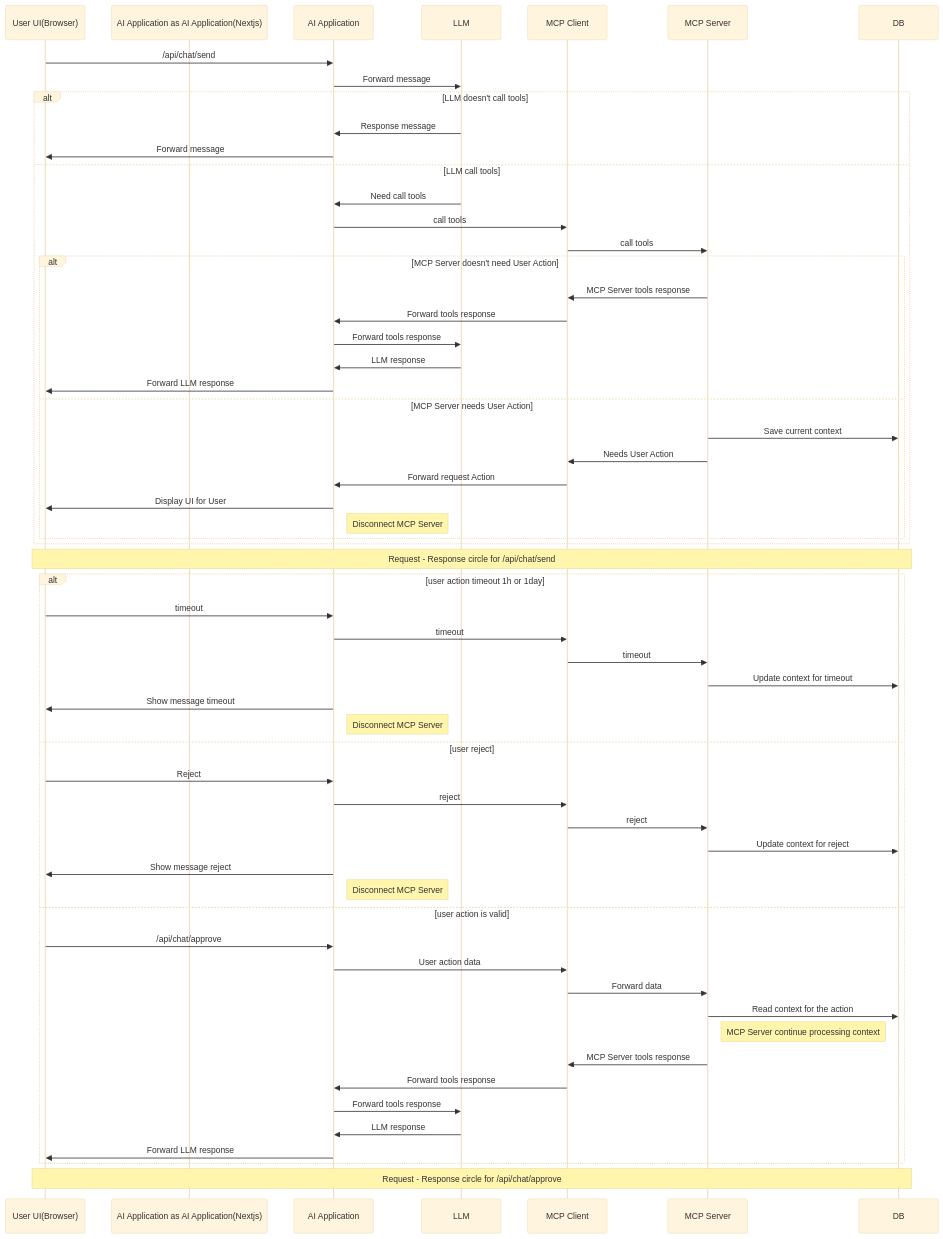
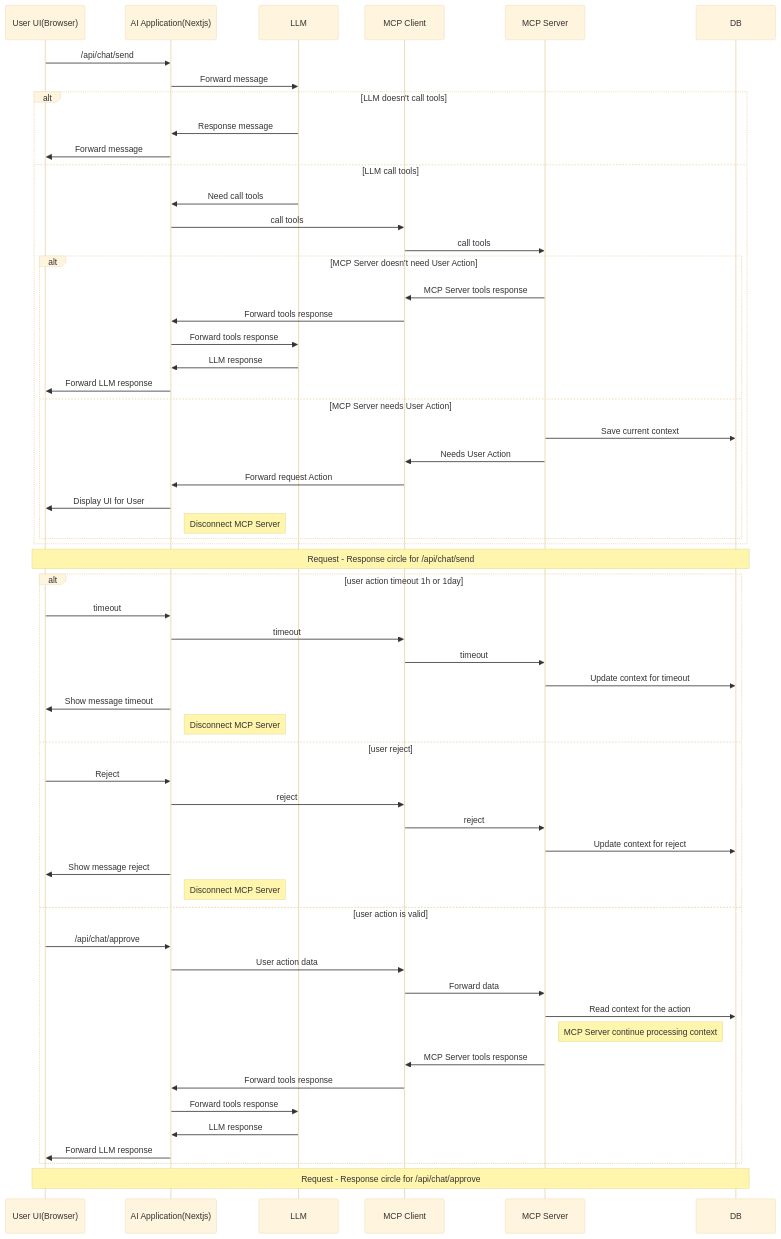
The diagram in README.md (lehung1109/chatbot-groq), drawn with Mermaid (base theme) before and after one commit.

Commit message:
Refactor README.md sequence diagram to standardize participant naming from "AI Application" to "Application," enhancing consistency and clarity in the chat flow representation.

````diff
--- a/README.md
+++ b/README.md
@@ -57,57 +57,57 @@
 ```mermaid
 sequenceDiagram
     participant User as User UI(Browser)
-    participant AI Application as AI Application(Nextjs)
+    participant Application as AI Application(Nextjs)
 
-    User->>AI Application:/api/chat/send
-    AI Application->>LLM:Forward message
+    User->>Application:/api/chat/send
+    Application->>LLM:Forward message
     alt LLM doesn't call tools
-        LLM->>AI Application:Response message
-        AI Application->>User:Forward message
+        LLM->>Application:Response message
+        Application->>User:Forward message
     else LLM call tools
-        LLM->>AI Application:Need call tools
-        AI Application->>MCP Client:call tools
+        LLM->>Application:Need call tools
+        Application->>MCP Client:call tools
         MCP Client->>MCP Server: call tools
         alt MCP Server doesn't need User Action
             MCP Server->>MCP Client:MCP Server tools response
-            MCP Client->>AI Application:Forward tools response
-            AI Application->>LLM:Forward tools response
-            LLM->>AI Application:LLM response
-            AI Application->>User:Forward LLM response
+            MCP Client->>Application:Forward tools response
+            Application->>LLM:Forward tools response
+            LLM->>Application:LLM response
+            Application->>User:Forward LLM response
         else MCP Server needs User Action
             MCP Server->>DB:Save current context
             MCP Server->>MCP Client:Needs User Action
-            MCP Client->>AI Application:Forward request Action
-            AI Application->>User:Display UI for User
-            Note right of AI Application:Disconnect MCP Server
+            MCP Client->>Application:Forward request Action
+            Application->>User:Display UI for User
+            Note right of Application:Disconnect MCP Server
         end
     end
     Note over User,DB: Request - Response circle for /api/chat/send
     alt user action timeout 1h or 1day
-        User->>AI Application:timeout
-        AI Application->>MCP Client:timeout
+        User->>Application:timeout
+        Application->>MCP Client:timeout
         MCP Client->>MCP Server:timeout
         MCP Server->>DB:Update context for timeout
-        AI Application->>User:Show message timeout
-        Note right of AI Application:Disconnect MCP Server
+        Application->>User:Show message timeout
+        Note right of Application:Disconnect MCP Server
     else user reject
-        User->>AI Application:Reject
-        AI Application->>MCP Client:reject
+        User->>Application:Reject
+        Application->>MCP Client:reject
         MCP Client->>MCP Server:reject
         MCP Server->>DB:Update context for reject
-        AI Application->>User:Show message reject
-        Note right of AI Application:Disconnect MCP Server
+        Application->>User:Show message reject
+        Note right of Application:Disconnect MCP Server
     else user action is valid
-        User->>AI Application:/api/chat/approve
-        AI Application->>MCP Client:User action data
+        User->>Application:/api/chat/approve
+        Application->>MCP Client:User action data
         MCP Client->>MCP Server:Forward data
         MCP Server->>DB:Read context for the action
         Note right of MCP Server:MCP Server continue processing context
         MCP Server->>MCP Client:MCP Server tools response
-        MCP Client->>AI Application:Forward tools response
-        AI Application->>LLM:Forward tools response
-        LLM->>AI Application:LLM response
-        AI Application->>User:Forward LLM response
+        MCP Client->>Application:Forward tools response
+        Application->>LLM:Forward tools response
+        LLM->>Application:LLM response
+        Application->>User:Forward LLM response
     end
     Note over User,DB: Request - Response circle for /api/chat/approve
 ```
````
